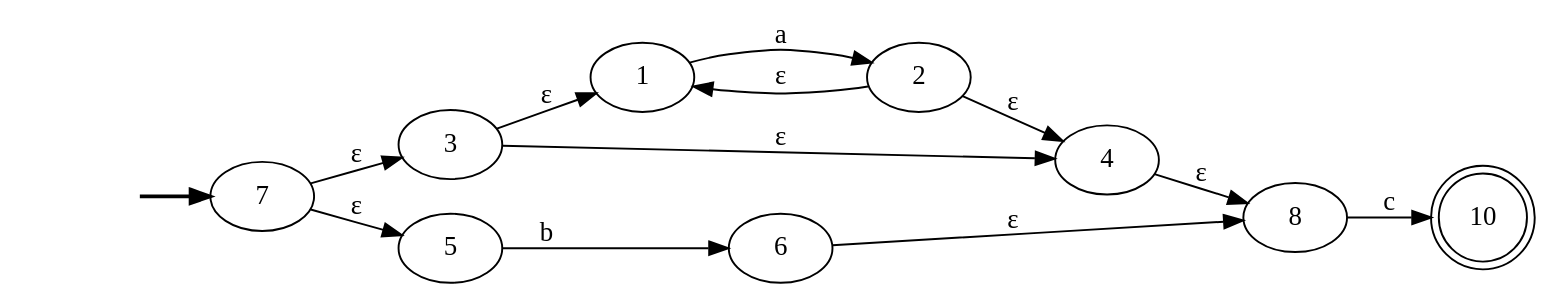
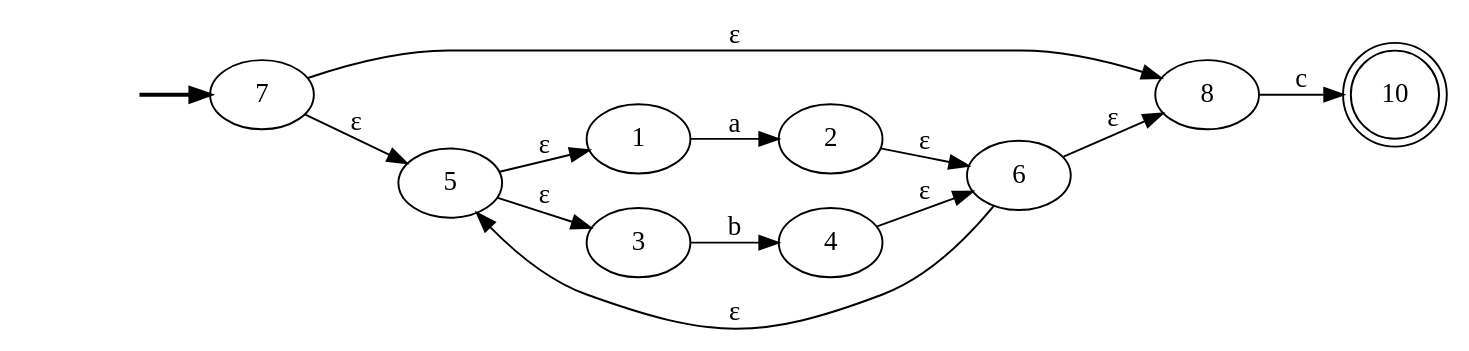
The diagram in Resultados/AFN.gv (bar20807/CompiladorProyect), drawn with Graphviz before and after one commit. The commit also changed 11 other files, not shown here.

```diff
--- a/Resultados/AFN.gv
+++ b/Resultados/AFN.gv
@@ -1,33 +1,33 @@
 digraph AFN {
 	graph [rankdir=LR]
 	fake [style=invisible]
 	fake -> 7 [style=bold]
 	7 [root=true]
-	3
-	7 -> 3 [label="ε"]
+	8
+	7 -> 8 [label="ε"]
 	5
 	7 -> 5 [label="ε"]
+	8
+	10
+	8 -> 10 [label=c]
+	5
+	1
+	5 -> 1 [label="ε"]
 	3
-	1
-	3 -> 1 [label="ε"]
-	4
-	3 -> 4 [label="ε"]
-	5
-	6
-	5 -> 6 [label=b]
+	5 -> 3 [label="ε"]
+	10 [shape=doublecircle]
 	1
 	2
 	1 -> 2 [label=a]
+	3
 	4
-	8
-	4 -> 8 [label="ε"]
+	3 -> 4 [label=b]
+	2
+	6
+	2 -> 6 [label="ε"]
+	4
+	4 -> 6 [label="ε"]
 	6
 	6 -> 8 [label="ε"]
-	2
-	2 -> 1 [label="ε"]
-	2 -> 4 [label="ε"]
-	8
-	10
-	8 -> 10 [label=c]
-	10 [shape=doublecircle]
+	6 -> 5 [label="ε"]
 }
```
